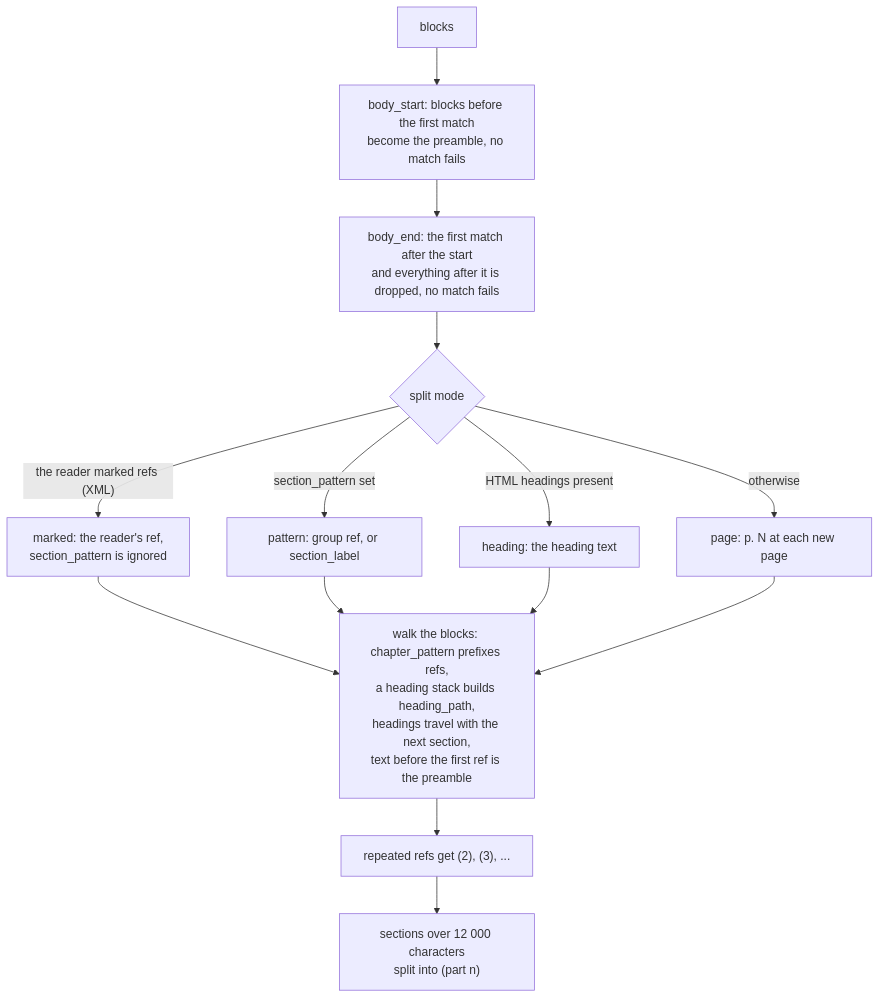
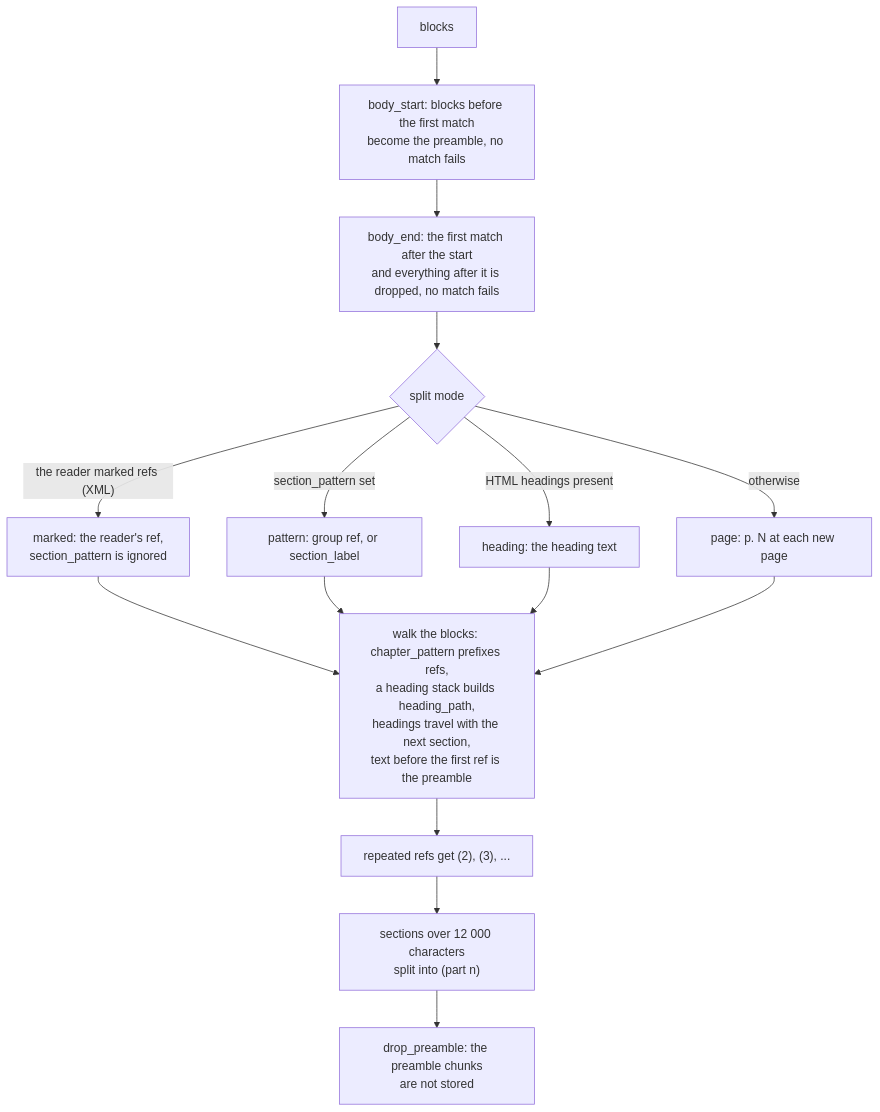
Before and after one commit to matlockx/kb: diagram 12 of 26 in docs/architecture.md, drawn with Mermaid. The commit also changed other lines of this file and 9 other files, not shown here.

First line of the commit message:
feat(parse): add drop_preamble and keep CLML groups without P1

````diff
--- a/docs/architecture.md
+++ b/docs/architecture.md
@@ -508,13 +508,14 @@
 ```mermaid
 flowchart TD
     C0["blocks"] --> C1["body_start: blocks before the first match<br/>become the preamble, no match fails"]
     C1 --> C2["body_end: the first match after the start<br/>and everything after it is dropped, no match fails"]
     C2 --> C3{"split mode"}
     C3 -->|"the reader marked refs (XML)"| M1["marked: the reader's ref,<br/>section_pattern is ignored"]
     C3 -->|"section_pattern set"| M2["pattern: group ref, or section_label"]
     C3 -->|"HTML headings present"| M3["heading: the heading text"]
     C3 -->|"otherwise"| M4["page: p. N at each new page"]
     M1 & M2 & M3 & M4 --> C4["walk the blocks: chapter_pattern prefixes refs,<br/>a heading stack builds heading_path,<br/>headings travel with the next section,<br/>text before the first ref is the preamble"]
     C4 --> C5["repeated refs get (2), (3), ..."]
     C5 --> C6["sections over 12 000 characters<br/>split into (part n)"]
+    C6 --> C7["drop_preamble: the preamble chunks<br/>are not stored"]
 ```
````
